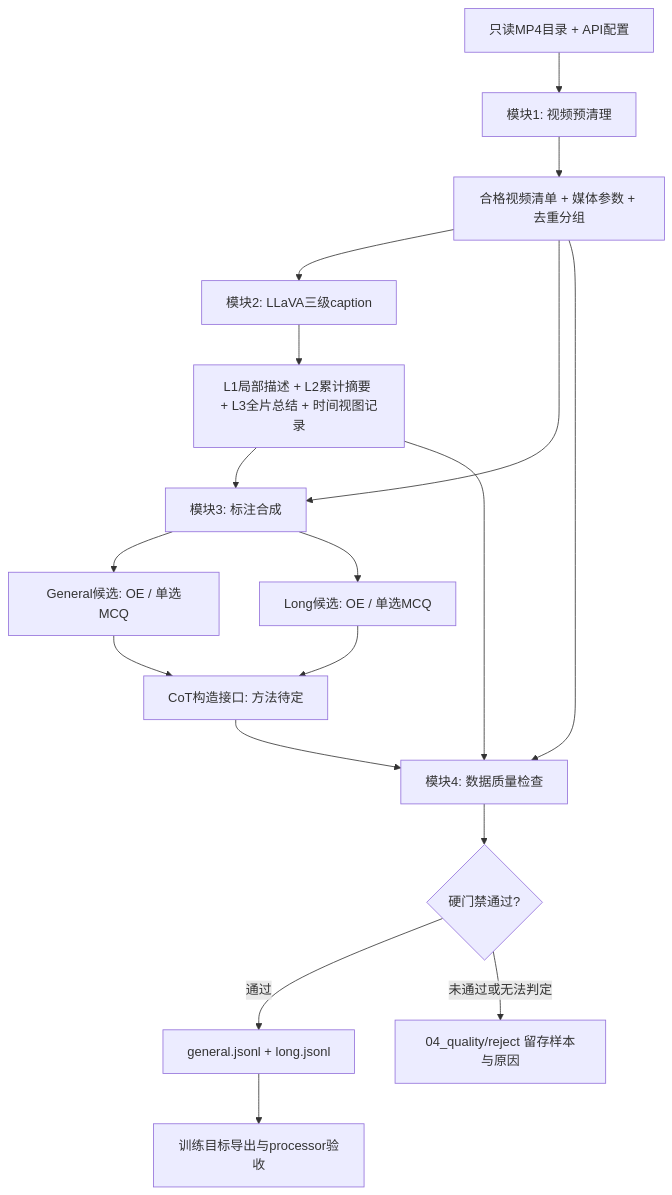
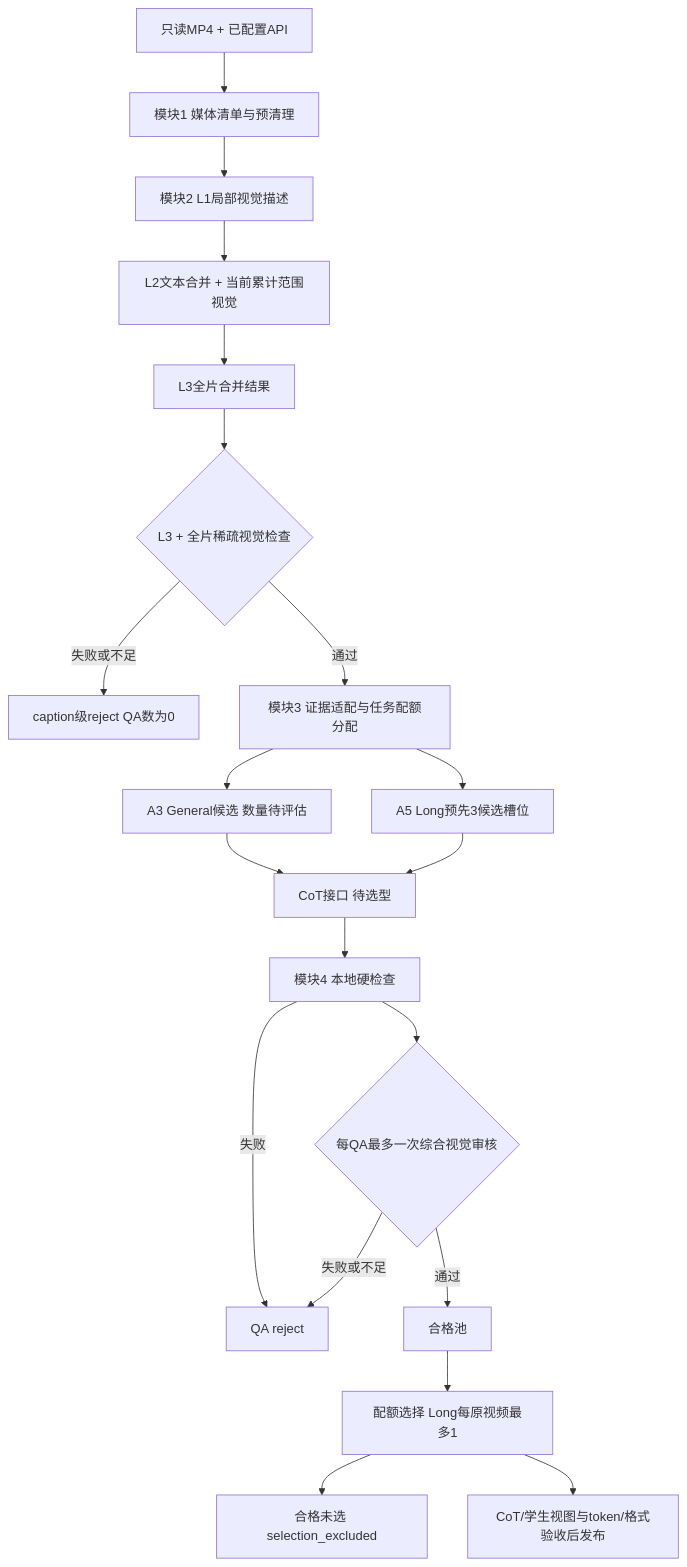
The diagram in docs/video_sft_four_module_project_outline_2026-10-20.md (Tiachi/video-sft-builder), drawn with Mermaid before and after one commit. The commit also changed other lines of this file and 20 other files, not shown here.

````diff
--- a/docs/video_sft_four_module_project_outline_2026-10-20.md
+++ b/docs/video_sft_four_module_project_outline_2026-10-20.md
@@ -34,20 +42,22 @@
 ```mermaid
 flowchart TD
-  A[只读MP4目录 + API配置] --> B[模块1: 视频预清理]
-  B --> C[合格视频清单 + 媒体参数 + 去重分组]
-  C --> D[模块2: LLaVA三级caption]
-  D --> E[L1局部描述 + L2累计摘要 + L3全片总结 + 时间视图记录]
-  E --> F[模块3: 标注合成]
-  C --> F
-  F --> G[General候选: OE / 单选MCQ]
-  F --> H[Long候选: OE / 单选MCQ]
-  G --> I[CoT构造接口: 方法待定]
-  H --> I
-  I --> J[模块4: 数据质量检查]
-  C --> J
-  E --> J
-  J --> K{硬门禁通过?}
-  K -->|通过| L[general.jsonl + long.jsonl]
-  K -->|未通过或无法判定| N[04_quality/reject 留存样本与原因]
-  L --> O[训练目标导出与processor验收]
+  I[只读MP4 + 已配置API] --> M1[模块1 媒体清单与预清理]
+  M1 --> L1[模块2 L1局部视觉描述]
+  L1 --> L2[L2文本合并 + 当前累计范围视觉]
+  L2 --> L3[L3全片合并结果]
+  L3 --> CG{L3 + 全片稀疏视觉检查}
+  CG -->|失败或不足| CR[caption级reject QA数为0]
+  CG -->|通过| ROUTE[模块3 证据适配与任务配额分配]
+  ROUTE --> G[A3 General候选 数量待评估]
+  ROUTE --> L[A5 Long预先3候选槽位]
+  G --> C[CoT接口 待选型]
+  L --> C
+  C --> LOCAL[模块4 本地硬检查]
+  LOCAL --> A7{每QA最多一次综合视觉审核}
+  LOCAL -->|失败| QR[QA reject]
+  A7 -->|失败或不足| QR
+  A7 -->|通过| POOL[合格池]
+  POOL --> SEL[配额选择 Long每原视频最多1]
+  SEL --> EX[合格未选 selection_excluded]
+  SEL --> REL[CoT/学生视图与token/格式验收后发布]
 ```
````
